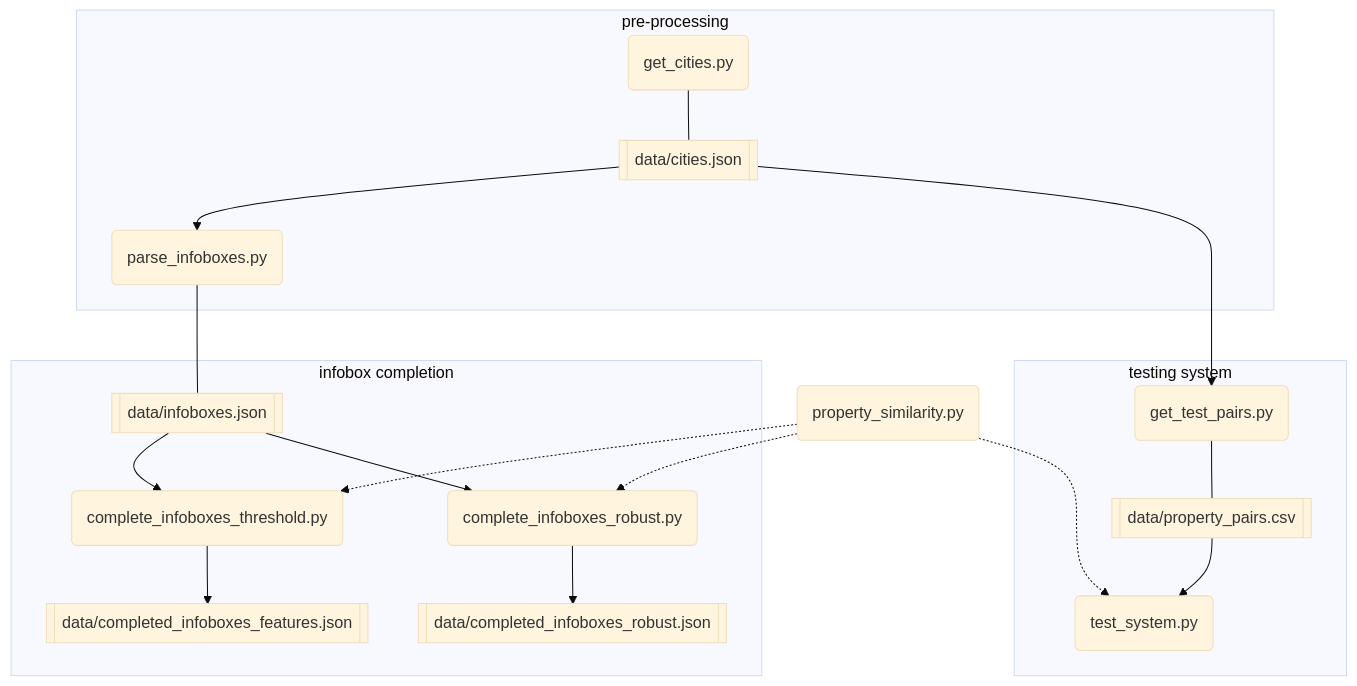
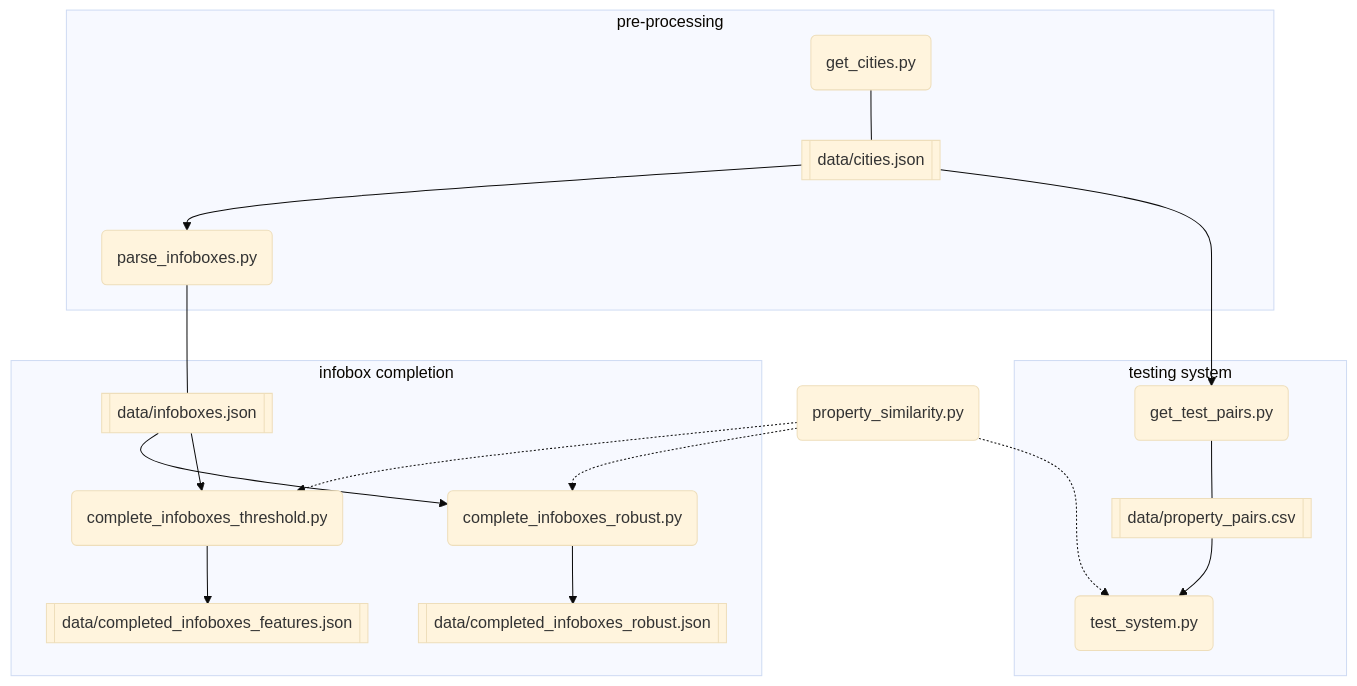
One commit to bbjoverbeek/Wiki-Infobox-Completion changed the diagram in README.md. Above: the diagram before and after it, drawn with Mermaid (base theme).

````diff
--- a/README.md
+++ b/README.md
@@ -5,22 +5,22 @@
 ```mermaid
 flowchart TD
     subgraph pre-processing
         A(get_cities.py) --- R[[data/cities.json]] --> B(parse_infoboxes.py)
     end
 
     C(property_similarity.py) -.-> E & F & G
 
     subgraph testing system
         R---> D
         D(get_test_pairs.py) --- S[[data/property_pairs.csv]] --> E(test_system.py)
     end
 
     subgraph infobox completion
-        B --- T[["data/infoboxes.json"]]--> F & G
+        B --- T[["data/infoboxes.json"]]--> G & F
+        G(complete_infoboxes_robust.py)
         F(complete_infoboxes_threshold.py)
-        G(complete_infoboxes_robust.py)
+        G--> V[[data/completed_infoboxes_robust.json]]
         F--> U[[data/completed_infoboxes_features.json]]
-        G--> V[[data/completed_infoboxes_robust.json]]
     end
 
 ```
````
